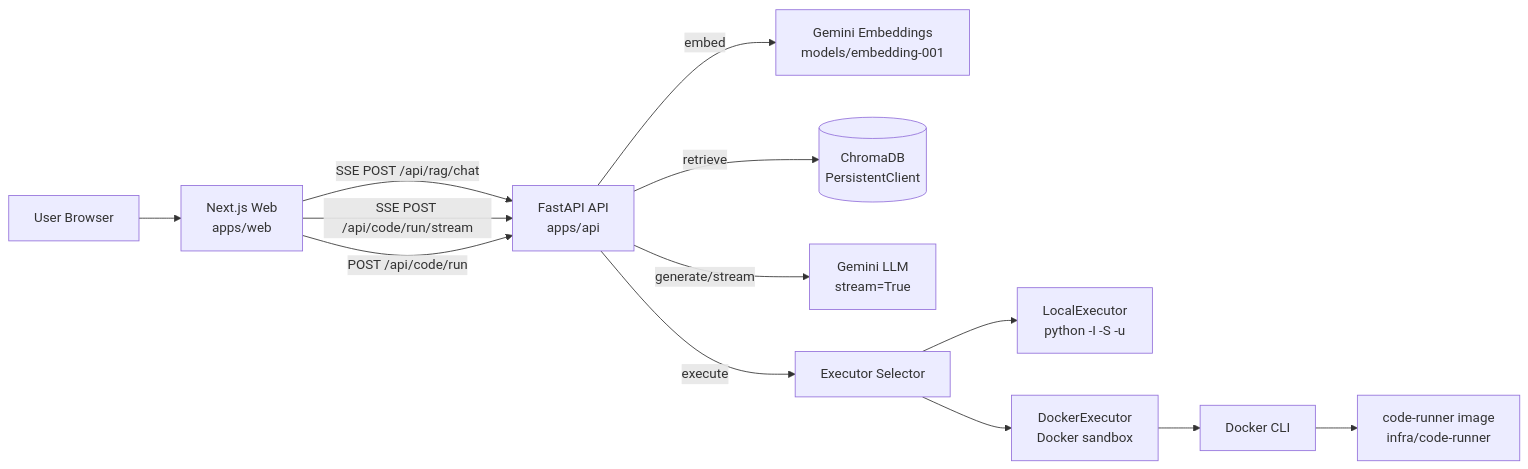
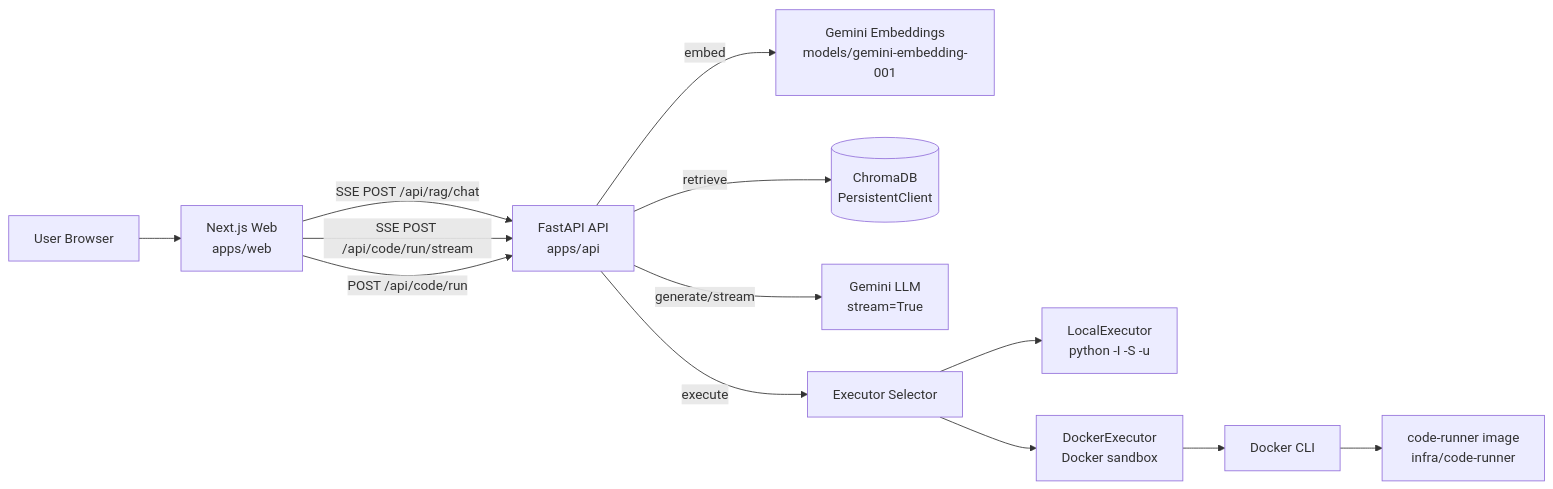
Before and after one commit to shashwatrajiitd/my-platform: the first of 5 diagrams in docs/DETAILED_SYSTEM_DESIGN.md, drawn with Mermaid. The commit also changed other lines of this file and 11 other files, not shown here.

First line of the commit message:
fix: update RAG embeddings model and rebuild flow

````diff
--- a/docs/DETAILED_SYSTEM_DESIGN.md
+++ b/docs/DETAILED_SYSTEM_DESIGN.md
@@ -59,18 +59,18 @@
 ```mermaid
 flowchart LR
   U[User Browser] --> W[Next.js Web\napps/web]
   W -->|SSE POST /api/rag/chat| API[FastAPI API\napps/api]
   W -->|SSE POST /api/code/run/stream| API
   W -->|POST /api/code/run| API
 
-  API -->|embed| GEM_EMB[Gemini Embeddings\nmodels/embedding-001]
+  API -->|embed| GEM_EMB[Gemini Embeddings\nmodels/gemini-embedding-001]
   API -->|retrieve| CHROMA[(ChromaDB\nPersistentClient)]
   API -->|generate/stream| GEM_LLM[Gemini LLM\nstream=True]
 
   API -->|execute| EXEC[Executor Selector]
   EXEC --> LOCAL[LocalExecutor\npython -I -S -u]
   EXEC --> DOCKER[DockerExecutor\nDocker sandbox]
 
   DOCKER --> DCLI[Docker CLI]
   DCLI --> DIMG[code-runner image\ninfra/code-runner]
 ```
````
